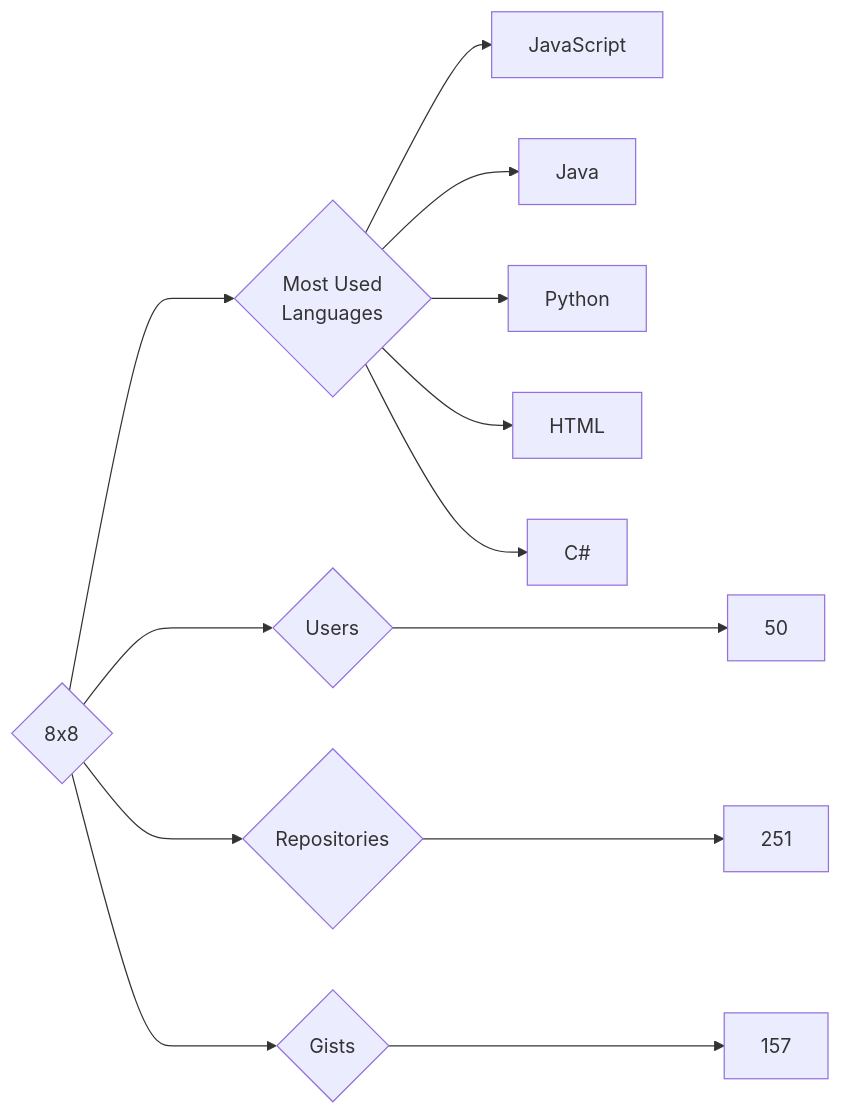
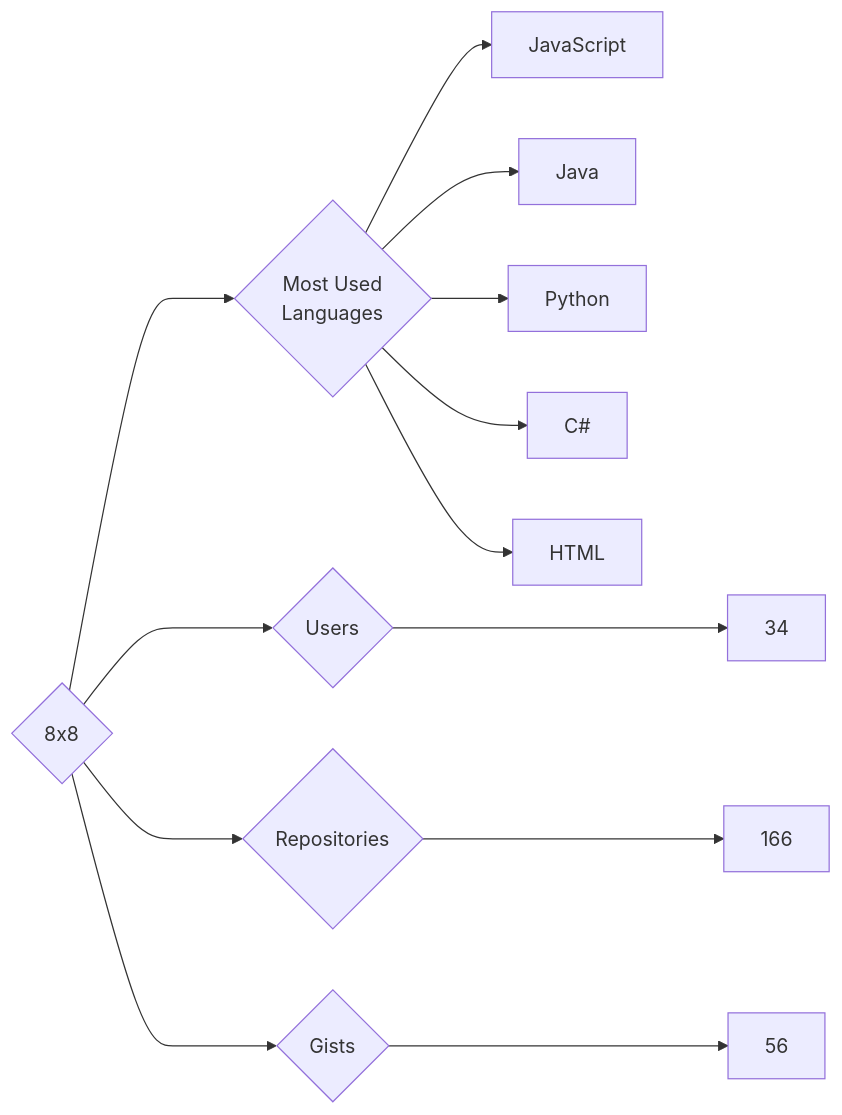
Before and after one commit to trickest/insiders: the diagram in targets/8x8/README.md, drawn with Mermaid. The commit also changed 912 other files, not shown here.

````diff
--- a/targets/8x8/README.md
+++ b/targets/8x8/README.md
@@ -3,13 +3,13 @@
 ```mermaid
 graph LR
 COMPANY_NAME{8x8}
-COMPANY_NAME ---> U{Users} ---> UN[50]
-COMPANY_NAME ---> R{Repositories} ---> RN[251]
-COMPANY_NAME ---> G{Gists} ---> GN[157]
+COMPANY_NAME ---> U{Users} ---> UN[34]
+COMPANY_NAME ---> R{Repositories} ---> RN[166]
+COMPANY_NAME ---> G{Gists} ---> GN[56]
 COMPANY_NAME ---> ML{Most Used<br>Languages}
 ML --> JavaScript[JavaScript]
 ML --> Java[Java]
 ML --> Python[Python]
+ML --> C#[C#]
 ML --> HTML[HTML]
-ML --> C#[C#]
 ```
````
